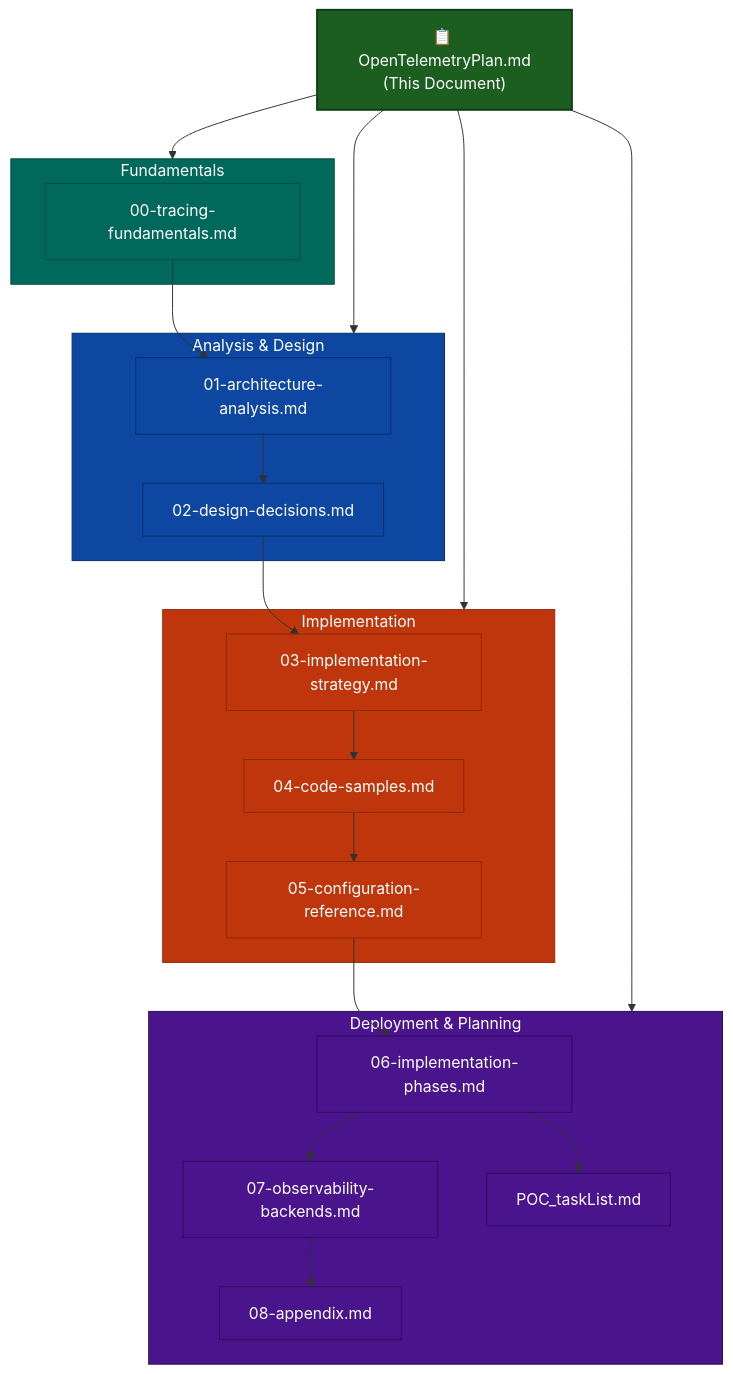
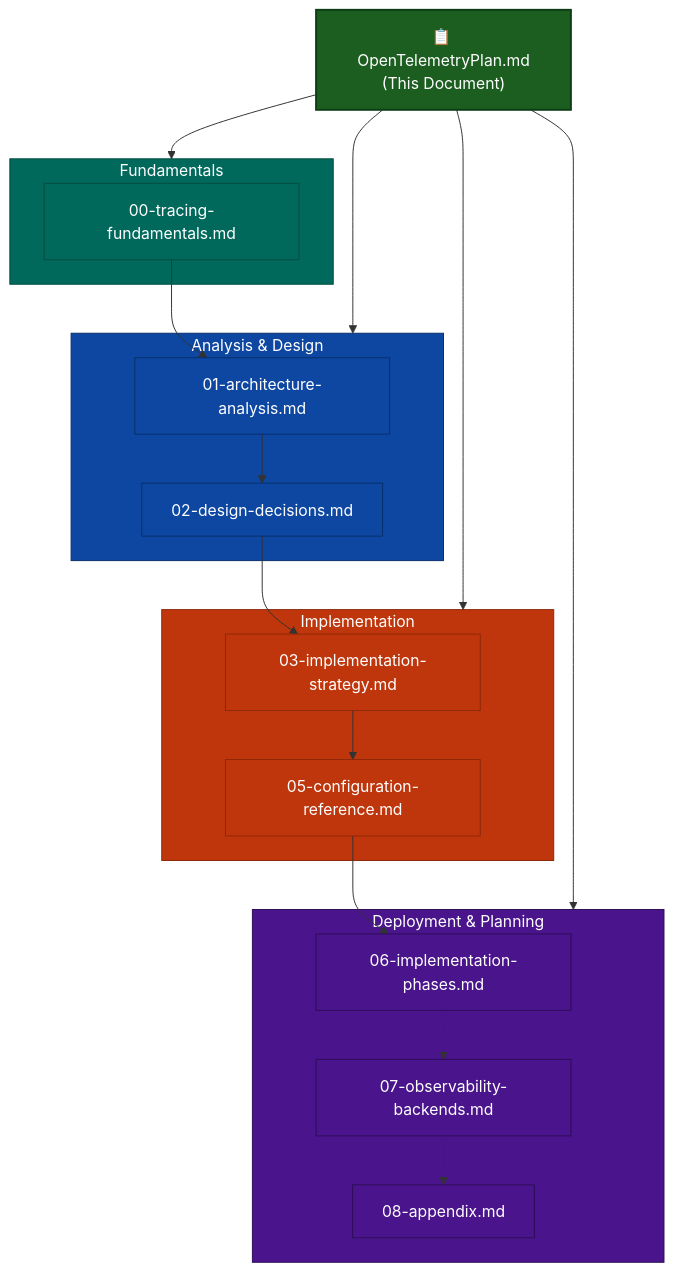
One commit to XRPLF/rippled changed the diagram in OpenTelemetryPlan/OpenTelemetryPlan.md. Above: the diagram before and after it, drawn with Mermaid. The commit also changed other lines of this file and 8 other files, not shown here.

````diff
--- a/OpenTelemetryPlan/OpenTelemetryPlan.md
+++ b/OpenTelemetryPlan/OpenTelemetryPlan.md
@@ -34,57 +34,51 @@
 ```mermaid
 flowchart TB
     overview["📋 OpenTelemetryPlan.md<br/>(This Document)"]
 
     subgraph fundamentals["Fundamentals"]
         fund["00-tracing-fundamentals.md"]
     end
 
     subgraph analysis["Analysis & Design"]
         arch["01-architecture-analysis.md"]
         design["02-design-decisions.md"]
     end
 
     subgraph impl["Implementation"]
         strategy["03-implementation-strategy.md"]
-        code["04-code-samples.md"]
         config["05-configuration-reference.md"]
     end
 
     subgraph deploy["Deployment & Planning"]
         phases["06-implementation-phases.md"]
         backends["07-observability-backends.md"]
         appendix["08-appendix.md"]
-        poc["POC_taskList.md"]
     end
 
     overview --> fundamentals
     overview --> analysis
     overview --> impl
     overview --> deploy
 
     fund --> arch
     arch --> design
     design --> strategy
-    strategy --> code
-    code --> config
+    strategy --> config
     config --> phases
     phases --> backends
     backends --> appendix
-    phases --> poc
 
     style overview fill:#1b5e20,stroke:#0d3d14,color:#fff,stroke-width:2px
     style fundamentals fill:#00695c,stroke:#004d40,color:#fff
     style fund fill:#00695c,stroke:#004d40,color:#fff
     style analysis fill:#0d47a1,stroke:#082f6a,color:#fff
     style impl fill:#bf360c,stroke:#8c2809,color:#fff
     style deploy fill:#4a148c,stroke:#2e0d57,color:#fff
     style arch fill:#0d47a1,stroke:#082f6a,color:#fff
     style design fill:#0d47a1,stroke:#082f6a,color:#fff
     style strategy fill:#bf360c,stroke:#8c2809,color:#fff
-    style code fill:#bf360c,stroke:#8c2809,color:#fff
     style config fill:#bf360c,stroke:#8c2809,color:#fff
     style phases fill:#4a148c,stroke:#2e0d57,color:#fff
     style backends fill:#4a148c,stroke:#2e0d57,color:#fff
     style appendix fill:#4a148c,stroke:#2e0d57,color:#fff
-    style poc fill:#4a148c,stroke:#2e0d57,color:#fff
 ```
````
